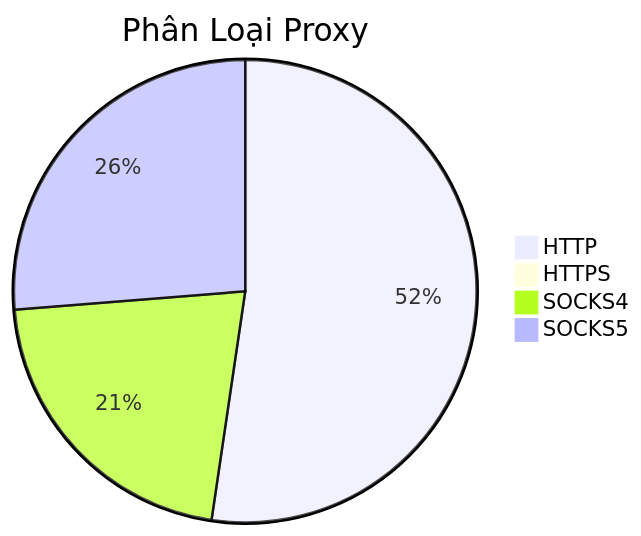
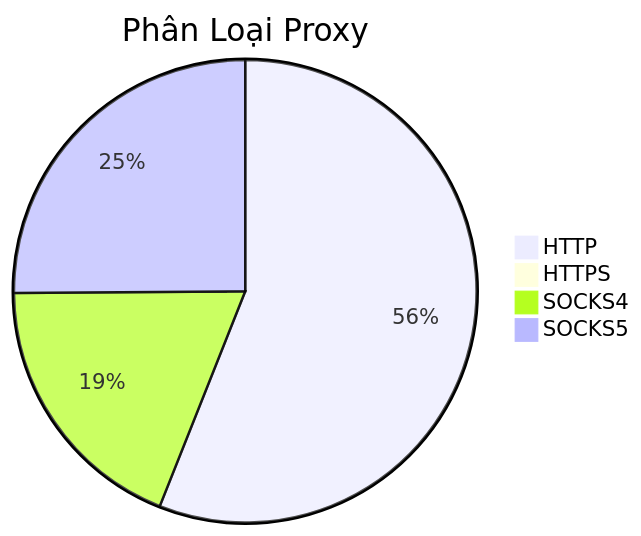
One commit to Ciara-12/PROXY-free changed the diagram in README.md. Above: the diagram before and after it, drawn with Mermaid. The commit also changed other lines of this file and 4 other files, not shown here.

````diff
--- a/README.md
+++ b/README.md
@@ -26,7 +26,7 @@
 ```mermaid
 pie title Phân Loại Proxy
-    "HTTP" : 719
-    "HTTPS" : 1
-    "SOCKS4" : 294
-    "SOCKS5" : 361
+    "HTTP" : 823
+    "HTTPS" : 0
+    "SOCKS4" : 277
+    "SOCKS5" : 369
 ```
````
